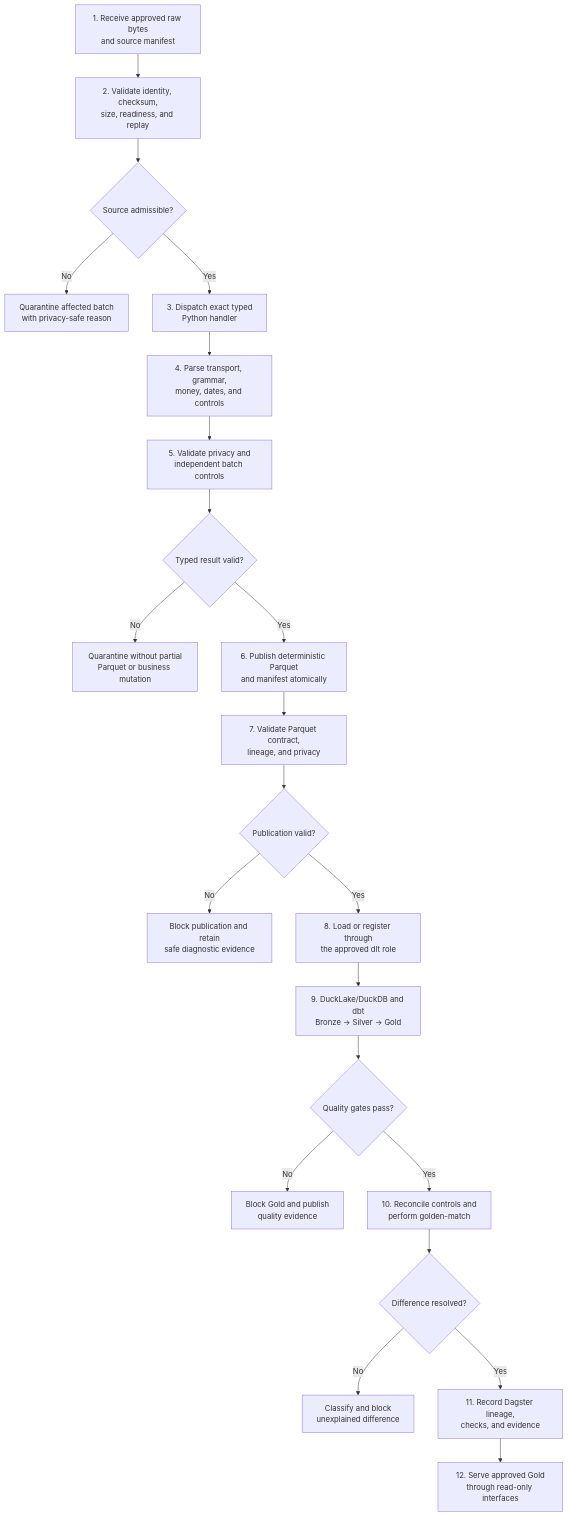
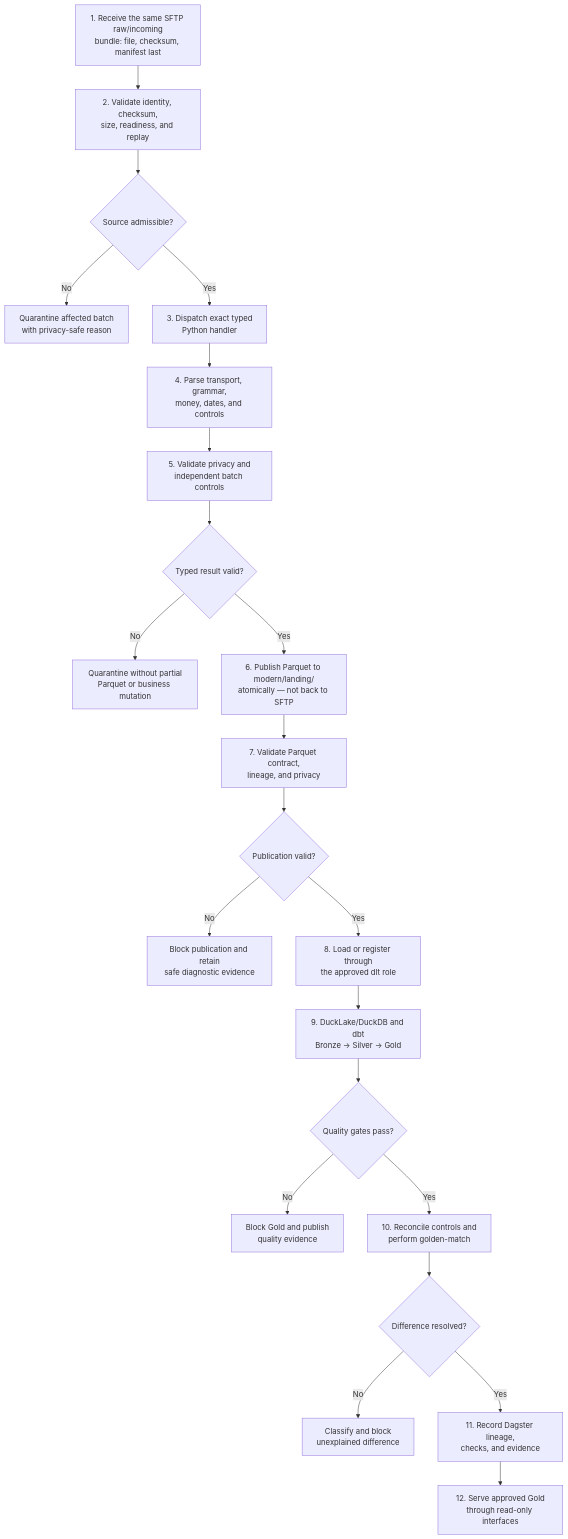
One commit to PedroZotelli/uc-northwind-pay-edp changed the third of 3 diagrams in plans/modern.md. Above: the diagram before and after it, drawn with Mermaid. The commit also changed other lines of this file and 2 other files, not shown here.

First line of the commit message:
Pin the two plants: CSV on SFTP vs Parquet in landing

````diff
--- a/plans/modern.md
+++ b/plans/modern.md
@@ -191,37 +224,37 @@
 ```mermaid
 flowchart TD
-    A["1. Receive approved raw bytes<br/>and source manifest"]
+    A["1. Receive the same SFTP raw/incoming<br/>bundle: file, checksum, manifest last"]
     B["2. Validate identity, checksum,<br/>size, readiness, and replay"]
     C{"Source admissible?"}
     Q1["Quarantine affected batch<br/>with privacy-safe reason"]
     D["3. Dispatch exact typed<br/>Python handler"]
     E["4. Parse transport, grammar,<br/>money, dates, and controls"]
     F["5. Validate privacy and<br/>independent batch controls"]
     G{"Typed result valid?"}
     Q2["Quarantine without partial<br/>Parquet or business mutation"]
-    H["6. Publish deterministic Parquet<br/>and manifest atomically"]
+    H["6. Publish Parquet to modern/landing/<br/>atomically — not back to SFTP"]
     I["7. Validate Parquet contract,<br/>lineage, and privacy"]
     J{"Publication valid?"}
     Q3["Block publication and retain<br/>safe diagnostic evidence"]
     K["8. Load or register through<br/>the approved dlt role"]
     L["9. DuckLake/DuckDB and dbt<br/>Bronze → Silver → Gold"]
     M{"Quality gates pass?"}
     Q4["Block Gold and publish<br/>quality evidence"]
     N["10. Reconcile controls and<br/>perform golden-match"]
     O{"Difference resolved?"}
     Q5["Classify and block<br/>unexplained difference"]
     P["11. Record Dagster lineage,<br/>checks, and evidence"]
     R["12. Serve approved Gold<br/>through read-only interfaces"]
 
     A --> B --> C
     C -->|No| Q1
     C -->|Yes| D --> E --> F --> G
     G -->|No| Q2
     G -->|Yes| H --> I --> J
     J -->|No| Q3
     J -->|Yes| K --> L --> M
     M -->|No| Q4
     M -->|Yes| N --> O
     O -->|No| Q5
     O -->|Yes| P --> R
 ```
````
